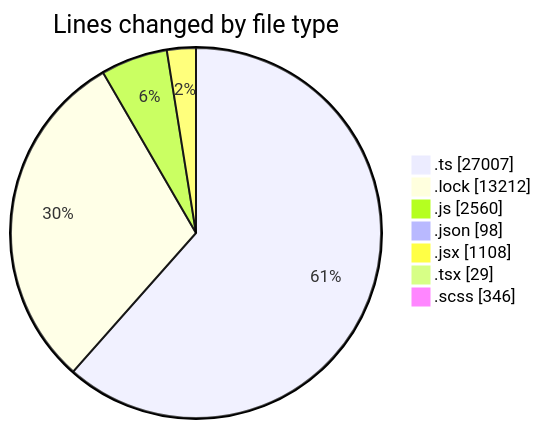
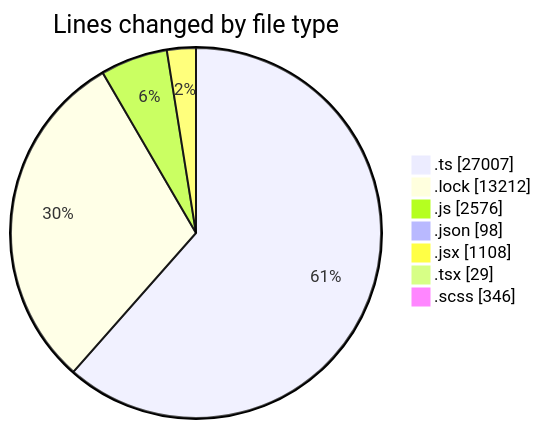
Before and after one commit to momahboobian/code-tracking: the first of 2 diagrams in 2025-05-16/cda/README.md, drawn with Mermaid. The commit also changed other lines of this file and 1 other file, not shown here.

````diff
--- a/2025-05-16/cda/README.md
+++ b/2025-05-16/cda/README.md
@@ -47,11 +47,11 @@
 ```mermaid
 pie showData
 title Lines changed by file type
 ".ts" : 27007
 ".lock" : 13212
-".js" : 2560
+".js" : 2576
 ".json" : 98
 ".jsx" : 1108
 ".tsx" : 29
 ".scss" : 346
 ```
````
